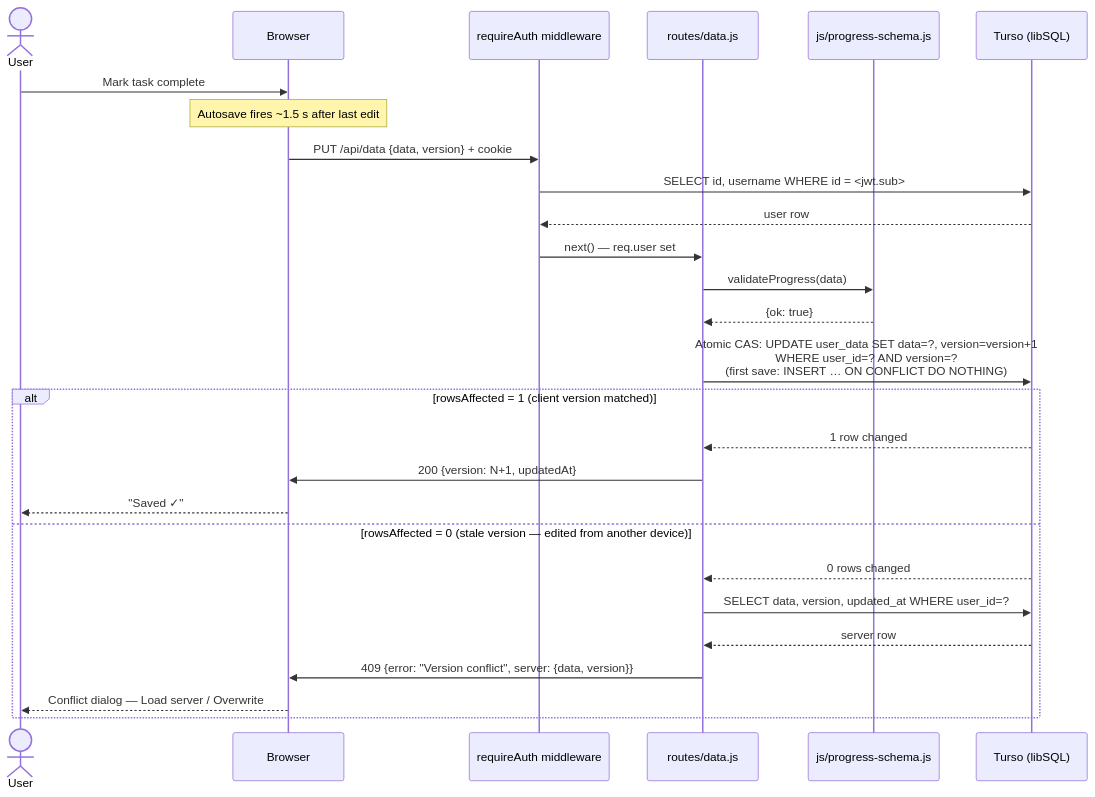
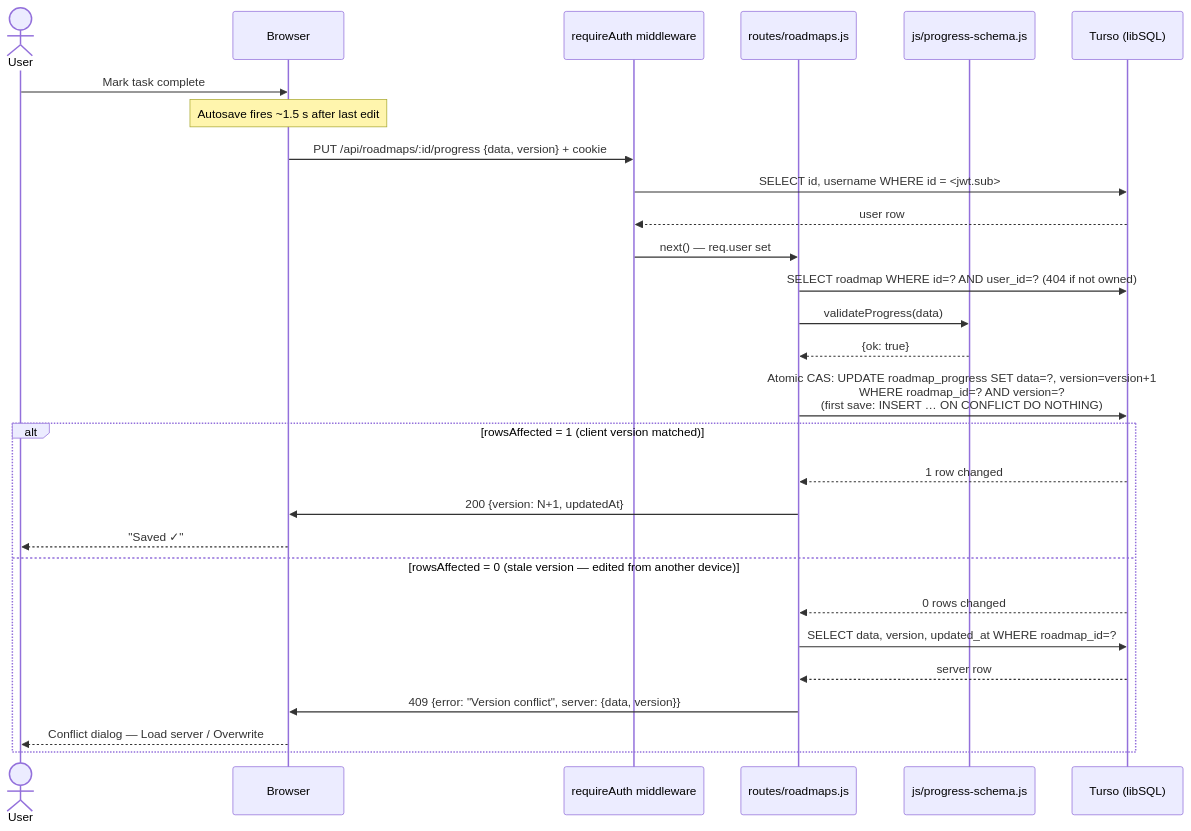
The sixth of 7 diagrams in README.md (imkushwaha/roadmap-tracker-app), drawn with Mermaid before and after one commit. The commit also changed other lines of this file and 24 other files, not shown here.

Commit message:
Add multi-roadmap dashboard (Phase 1): per-user roadmaps with delete/restore

````diff
--- a/README.md
+++ b/README.md
@@ -365,33 +395,34 @@
 ```mermaid
 sequenceDiagram
     actor U  as User
     participant B  as Browser
     participant MW as requireAuth middleware
-    participant DR as routes/data.js
+    participant DR as routes/roadmaps.js
     participant SC as js/progress-schema.js
     participant DB as Turso (libSQL)
 
     U  ->> B:  Mark task complete
     Note over B: Autosave fires ~1.5 s after last edit
-    B  ->> MW: PUT /api/data {data, version} + cookie
+    B  ->> MW: PUT /api/roadmaps/:id/progress {data, version} + cookie
     MW ->> DB: SELECT id, username WHERE id = <jwt.sub>
     DB -->> MW: user row
     MW ->> DR: next() — req.user set
 
+    DR ->> DB: SELECT roadmap WHERE id=? AND user_id=? (404 if not owned)
     DR ->> SC: validateProgress(data)
     SC -->> DR: {ok: true}
 
-    DR ->> DB: Atomic CAS: UPDATE user_data SET data=?, version=version+1<br/>WHERE user_id=? AND version=?<br/>(first save: INSERT … ON CONFLICT DO NOTHING)
+    DR ->> DB: Atomic CAS: UPDATE roadmap_progress SET data=?, version=version+1<br/>WHERE roadmap_id=? AND version=?<br/>(first save: INSERT … ON CONFLICT DO NOTHING)
 
     alt rowsAffected = 1 (client version matched)
         DB -->> DR: 1 row changed
         DR ->> B:  200 {version: N+1, updatedAt}
         B  -->> U: "Saved ✓"
     else rowsAffected = 0 (stale version — edited from another device)
         DB -->> DR: 0 rows changed
-        DR ->> DB: SELECT data, version, updated_at WHERE user_id=?
+        DR ->> DB: SELECT data, version, updated_at WHERE roadmap_id=?
         DB -->> DR: server row
         DR ->> B:  409 {error: "Version conflict", server: {data, version}}
         B  -->> U: Conflict dialog — Load server / Overwrite
     end
 ```
````
